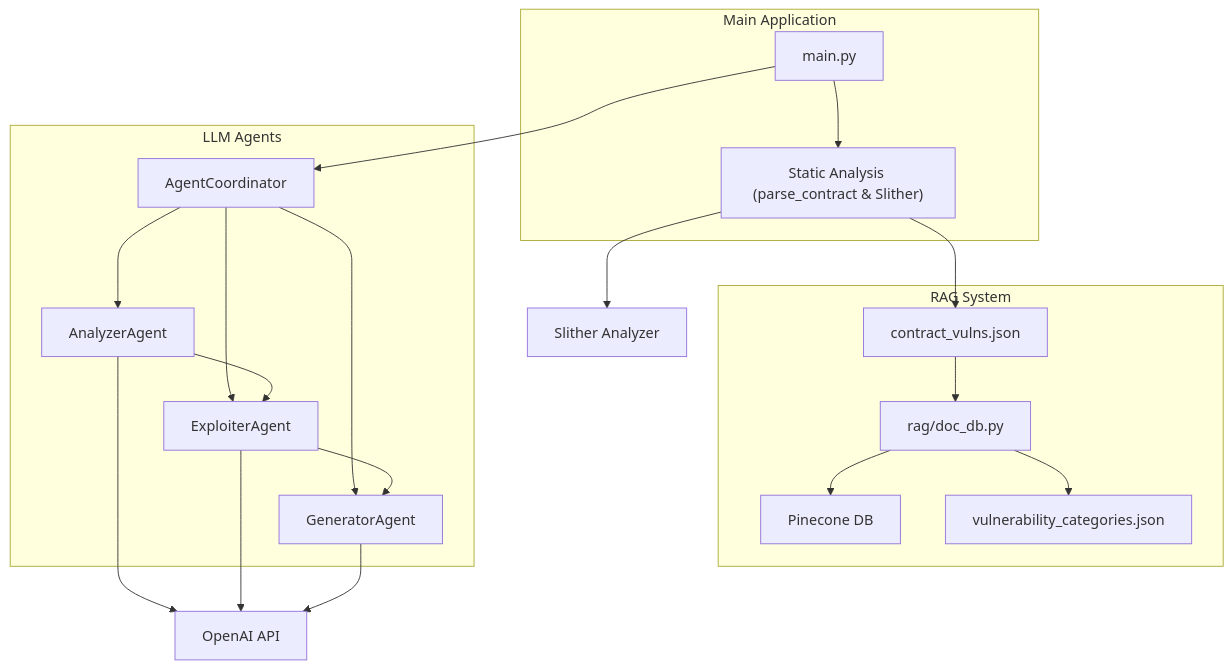
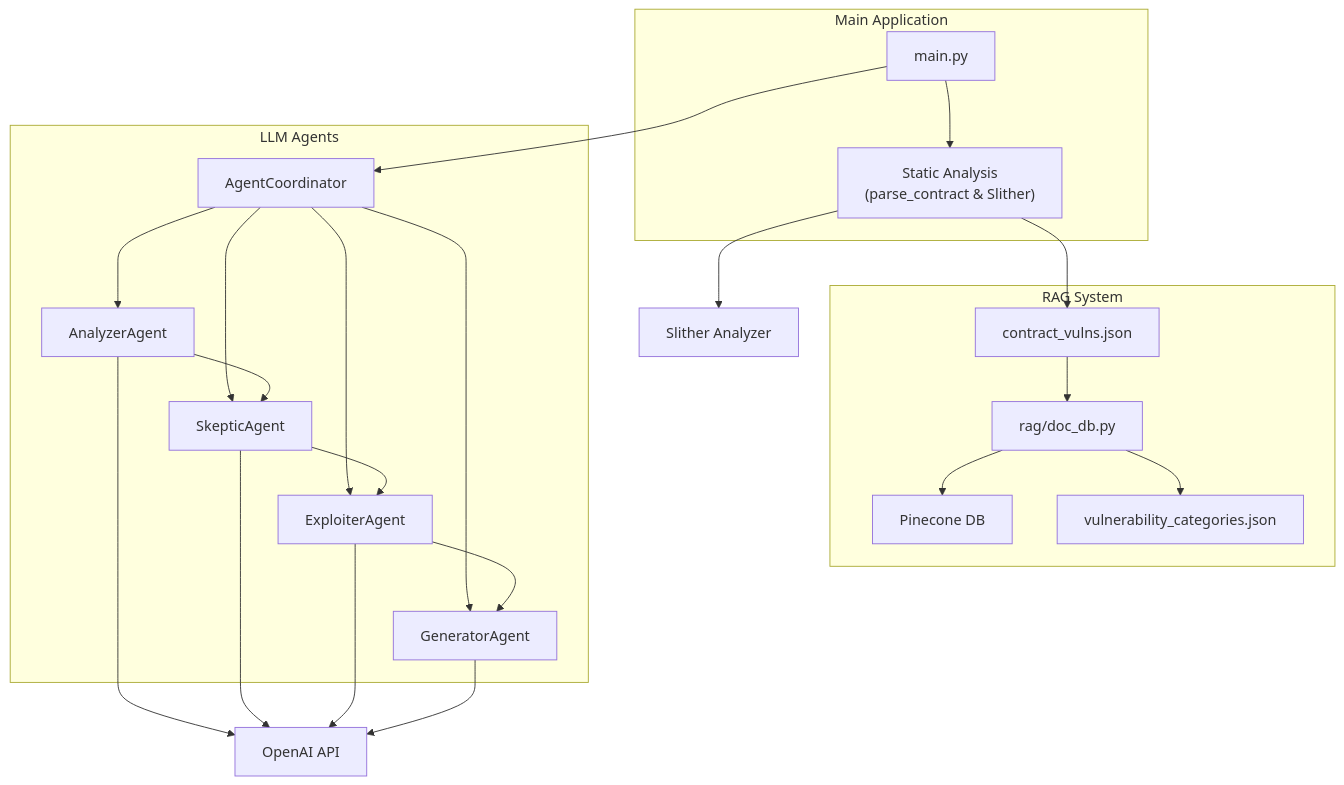
Before and after one commit to videv93/fyp-fr: the diagram in README.md, drawn with Mermaid.

Commit message:
Update README.md to enhance diagram clarity; add SkepticAgent to LLM Agents section

````diff
--- a/README.md
+++ b/README.md
@@ -19,45 +19,49 @@
 ```mermaid
 graph TB
     subgraph "Main Application"
-      main["main.py"]
-      static["Static Analysis (parse_contract & Slither)"]
+        main["main.py"]
+        static["Static Analysis<br/>(parse_contract & Slither)"]
     end
 
     subgraph "RAG System"
-      docdb["rag/doc_db.py"]
-      pinecone["Pinecone DB"]
-      vulnjson["vulnerability_categories.json"]
-      contractVulns["contract_vulns.json"]
+        docdb["rag/doc_db.py"]
+        pinecone["Pinecone DB"]
+        vulnjson["vulnerability_categories.json"]
+        contractVulns["contract_vulns.json"]
     end
 
     subgraph "LLM Agents"
-      coordinator["AgentCoordinator"]
-      analyzer["AnalyzerAgent"]
-      exploiter["ExploiterAgent"]
-      generator["GeneratorAgent"]
+        coordinator["AgentCoordinator"]
+        analyzer["AnalyzerAgent"]
+        skeptic["SkepticAgent"]
+        exploiter["ExploiterAgent"]
+        generator["GeneratorAgent"]
     end
 
     openai["OpenAI API"]
     slither["Slither Analyzer"]
 
     %% Data Flow
     main --> static
     static --> contractVulns
     contractVulns --> docdb
     docdb --> pinecone
     docdb --> vulnjson
 
     static --> slither
 
     main --> coordinator
     coordinator --> analyzer
+    coordinator --> skeptic
     coordinator --> exploiter
     coordinator --> generator
 
-    analyzer --> exploiter
+    analyzer --> skeptic
+    skeptic --> exploiter
     exploiter --> generator
 
     analyzer --> openai
+    skeptic --> openai
     exploiter --> openai
     generator --> openai
 ```
````
